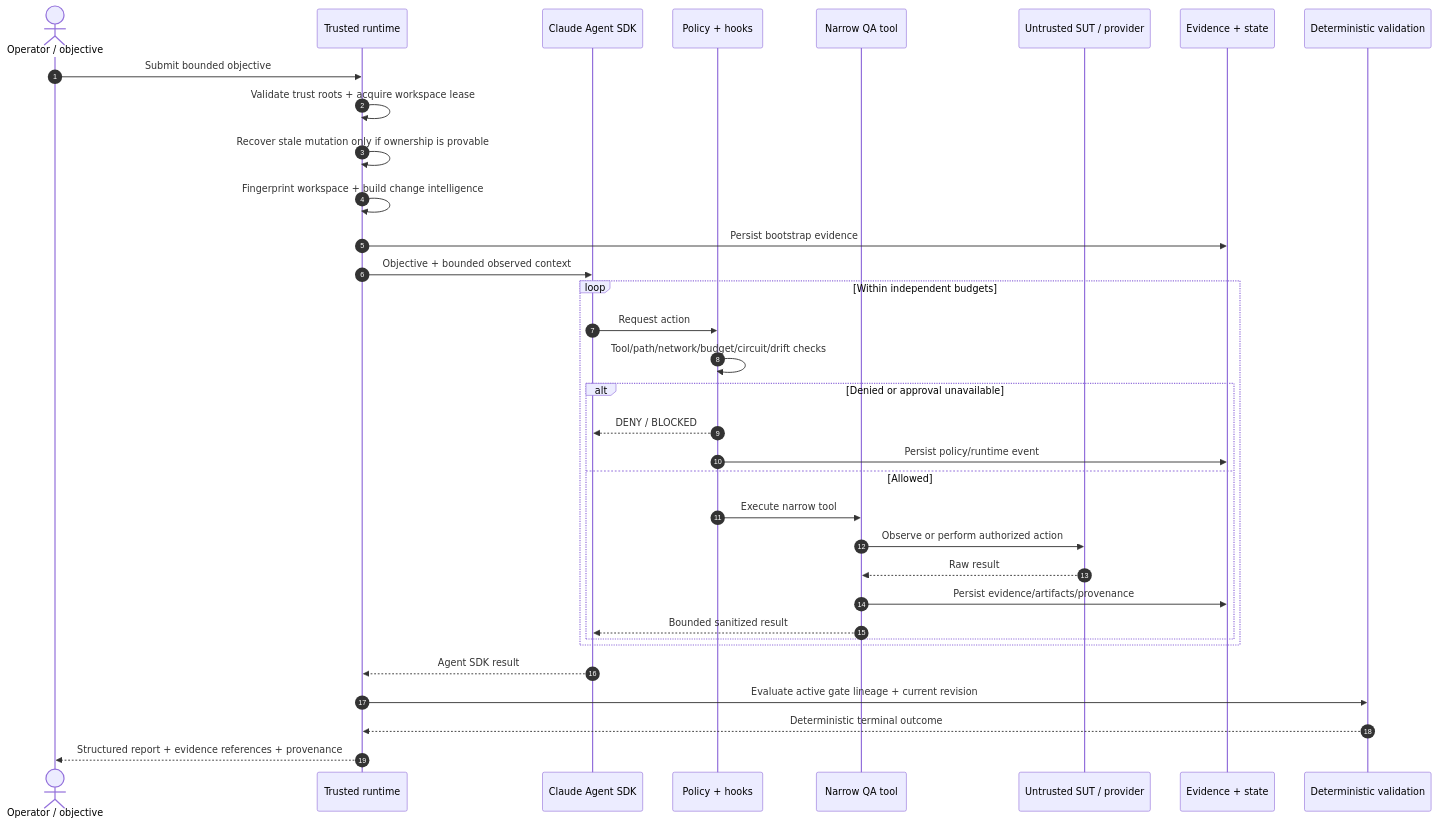
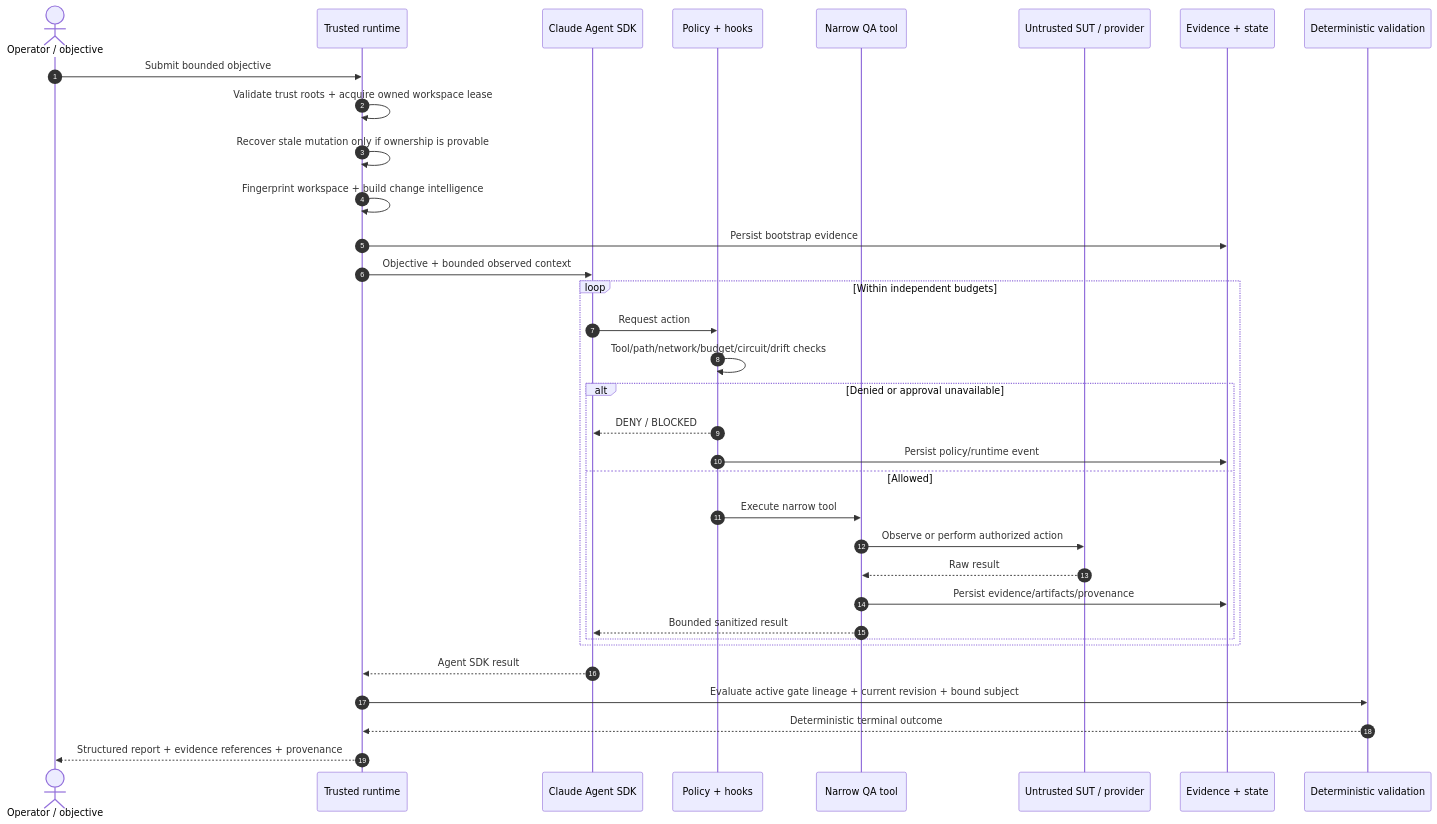
The second of 2 diagrams in docs/ARCHITECTURE.md (portyu9/ai-qa-automation), drawn with Mermaid before and after one commit. The commit also changed other lines of this file, not shown here.

Commit message:
Align architecture deep dive with final hardened control model

````diff
--- a/docs/ARCHITECTURE.md
+++ b/docs/ARCHITECTURE.md
@@ -83,39 +82,39 @@
 ```mermaid
 sequenceDiagram
     autonumber
     actor O as Operator / objective
     participant R as Trusted runtime
     participant C as Claude Agent SDK
     participant P as Policy + hooks
     participant T as Narrow QA tool
     participant S as Untrusted SUT / provider
     participant E as Evidence + state
     participant V as Deterministic validation
 
     O->>R: Submit bounded objective
-    R->>R: Validate trust roots + acquire workspace lease
+    R->>R: Validate trust roots + acquire owned workspace lease
     R->>R: Recover stale mutation only if ownership is provable
     R->>R: Fingerprint workspace + build change intelligence
     R->>E: Persist bootstrap evidence
     R->>C: Objective + bounded observed context
 
     loop Within independent budgets
         C->>P: Request action
         P->>P: Tool/path/network/budget/circuit/drift checks
         alt Denied or approval unavailable
             P-->>C: DENY / BLOCKED
             P->>E: Persist policy/runtime event
         else Allowed
             P->>T: Execute narrow tool
             T->>S: Observe or perform authorized action
             S-->>T: Raw result
             T->>E: Persist evidence/artifacts/provenance
             T-->>C: Bounded sanitized result
         end
     end
 
     C-->>R: Agent SDK result
-    R->>V: Evaluate active gate lineage + current revision
+    R->>V: Evaluate active gate lineage + current revision + bound subject
     V-->>R: Deterministic terminal outcome
     R-->>O: Structured report + evidence references + provenance
 ```
````
